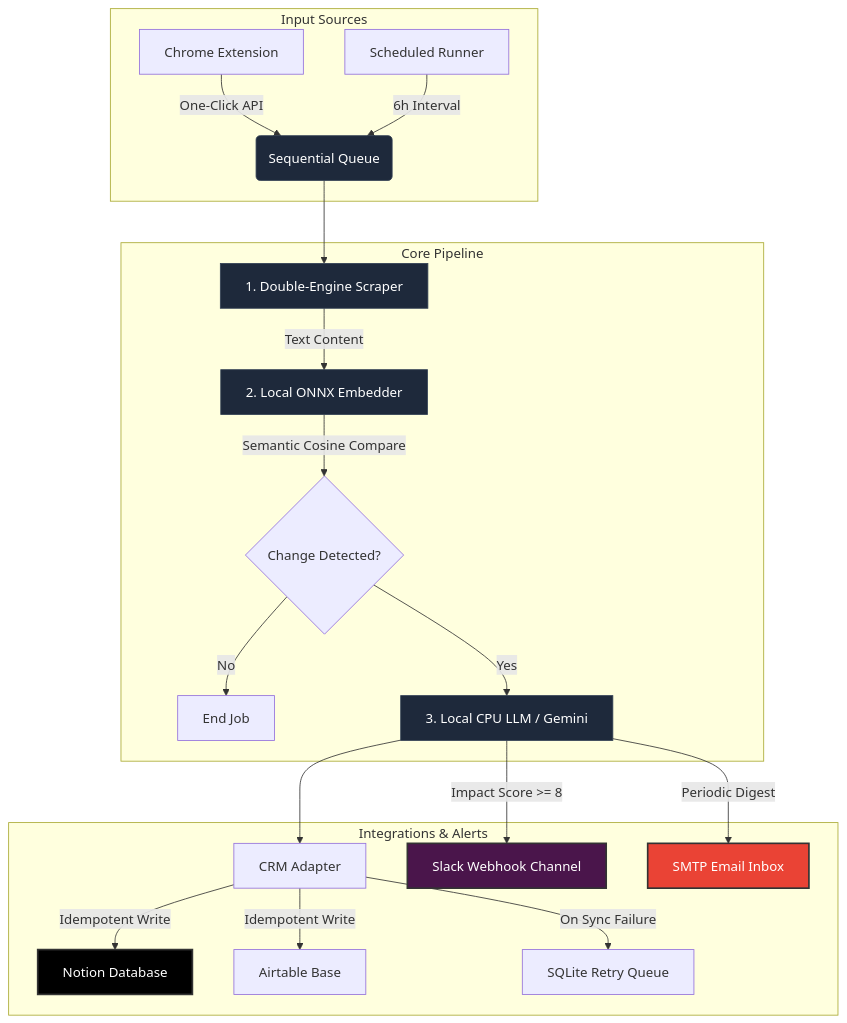
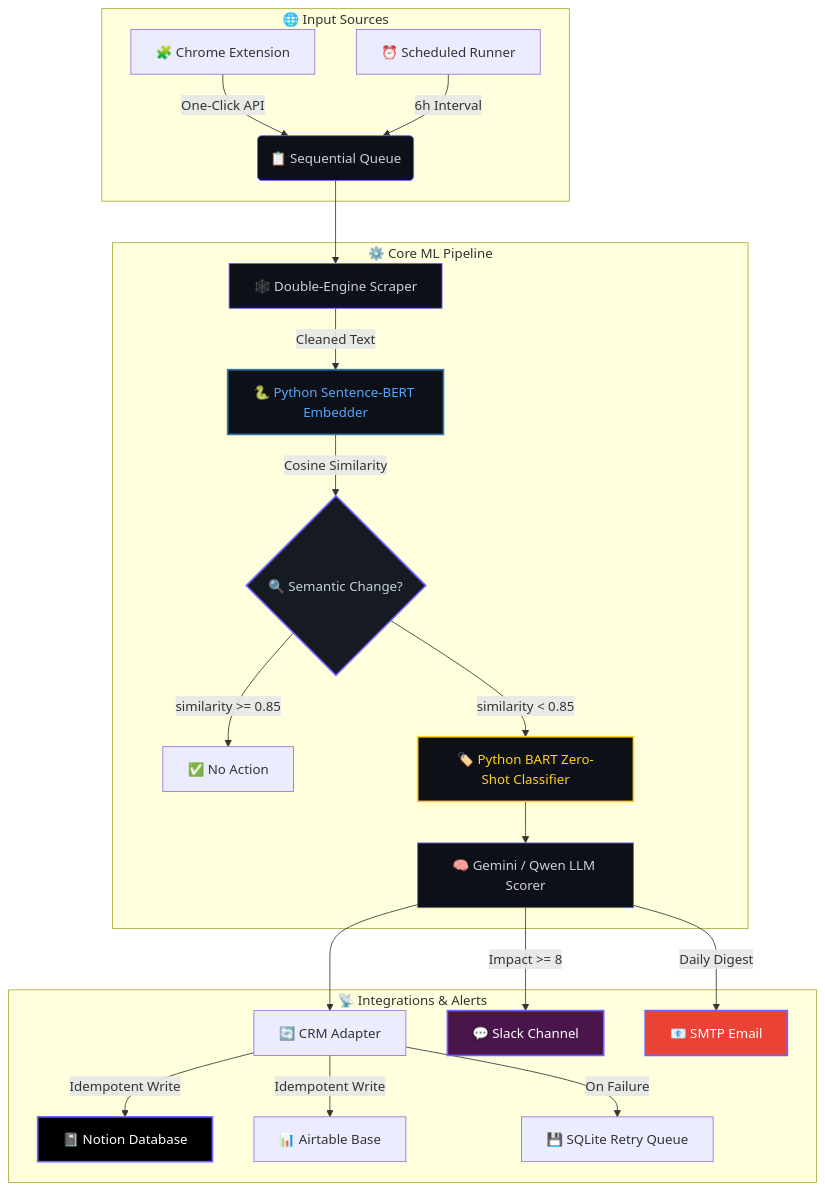
Before and after one commit to NitheshK4/Autonomous-Competitor-Intelligence-Engine: the diagram in README.md, drawn with Mermaid. The commit also changed other lines of this file, not shown here.

Commit message:
✨ Premium README with animated typing SVG, gradient waves, tech badges & ML pipeline showcase

````diff
--- a/README.md
+++ b/README.md
@@ -22,32 +60,35 @@
 ```mermaid
 graph TD
-    subgraph Input Sources
-        A[Chrome Extension] -->|One-Click API| B(Sequential Queue)
-        C[Scheduled Runner] -->|6h Interval| B
+    subgraph "🌐 Input Sources"
+        A["🧩 Chrome Extension"] -->|"One-Click API"| B("📋 Sequential Queue")
+        C["⏰ Scheduled Runner"] -->|"6h Interval"| B
     end
 
-    subgraph Core Pipeline
-        B --> D[1. Double-Engine Scraper]
-        D -->|Text Content| E[2. Local ONNX Embedder]
-        E -->|Semantic Cosine Compare| F{Change Detected?}
-        F -->|No| G[End Job]
-        F -->|Yes| H[3. Local CPU LLM / Gemini]
+    subgraph "⚙️ Core ML Pipeline"
+        B --> D["🕸️ Double-Engine Scraper"]
+        D -->|"Cleaned Text"| E["🐍 Python Sentence-BERT Embedder"]
+        E -->|"Cosine Similarity"| F{"🔍 Semantic Change?"}
+        F -->|"similarity >= 0.85"| G["✅ No Action"]
+        F -->|"similarity < 0.85"| H["🏷️ Python BART Zero-Shot Classifier"]
+        H --> I["🧠 Gemini / Qwen LLM Scorer"]
     end
 
-    subgraph Integrations & Alerts
-        H --> I[CRM Adapter]
-        I -->|Idempotent Write| J[Notion Database]
-        I -->|Idempotent Write| K[Airtable Base]
-        I -->|On Sync Failure| L[SQLite Retry Queue]
-        H -->|Impact Score >= 8| M[Slack Webhook Channel]
-        H -->|Periodic Digest| N[SMTP Email Inbox]
+    subgraph "📡 Integrations & Alerts"
+        I --> J["🔄 CRM Adapter"]
+        J -->|"Idempotent Write"| K["📓 Notion Database"]
+        J -->|"Idempotent Write"| L["📊 Airtable Base"]
+        J -->|"On Failure"| M["💾 SQLite Retry Queue"]
+        I -->|"Impact >= 8"| N["💬 Slack Channel"]
+        I -->|"Daily Digest"| O["📧 SMTP Email"]
     end
 
-    style J fill:#000000,stroke:#333,stroke-width:2px,color:#fff
-    style M fill:#4A154B,stroke:#333,stroke-width:2px,color:#fff
-    style N fill:#EA4335,stroke:#333,stroke-width:2px,color:#fff
-    style B fill:#1E293B,stroke:#334155,stroke-width:1px,color:#fff
-    style D fill:#1E293B,stroke:#334155,stroke-width:1px,color:#fff
-    style E fill:#1E293B,stroke:#334155,stroke-width:1px,color:#fff
-    style H fill:#1E293B,stroke:#334155,stroke-width:1px,color:#fff
+    style K fill:#000000,stroke:#6C63FF,stroke-width:2px,color:#fff
+    style N fill:#4A154B,stroke:#6C63FF,stroke-width:2px,color:#fff
+    style O fill:#EA4335,stroke:#6C63FF,stroke-width:2px,color:#fff
+    style B fill:#0d1117,stroke:#6C63FF,stroke-width:1px,color:#c9d1d9
+    style D fill:#0d1117,stroke:#6C63FF,stroke-width:1px,color:#c9d1d9
+    style E fill:#0d1117,stroke:#3776AB,stroke-width:2px,color:#58a6ff
+    style H fill:#0d1117,stroke:#FFD21E,stroke-width:2px,color:#FFD21E
+    style I fill:#0d1117,stroke:#6C63FF,stroke-width:1px,color:#c9d1d9
+    style F fill:#161b22,stroke:#6C63FF,stroke-width:2px,color:#c9d1d9
 ```
````
